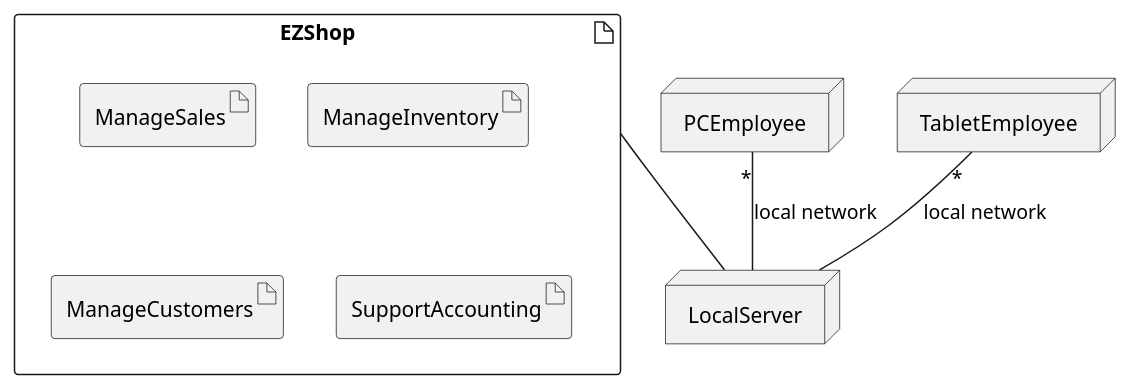
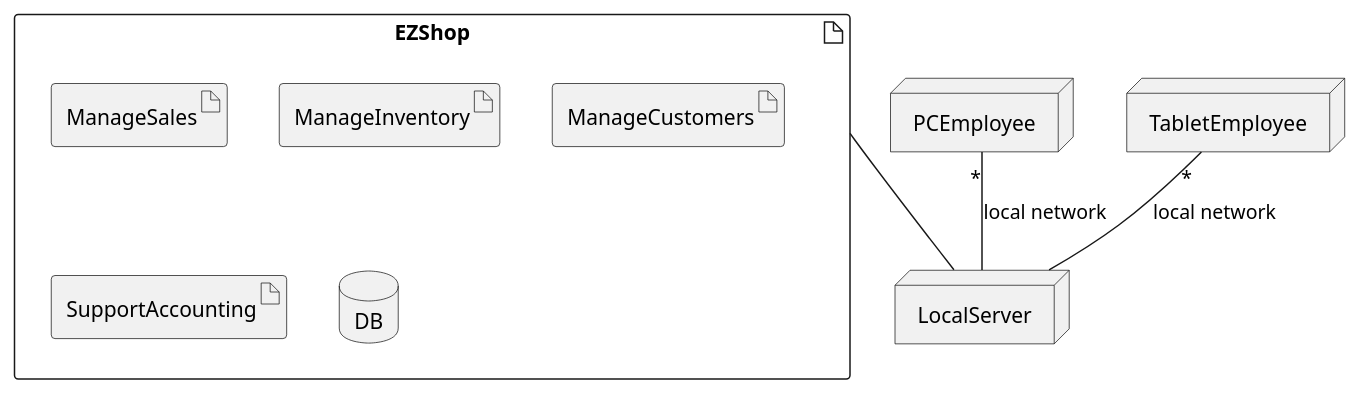
One commit to djemar/softeng_ezshop changed the sixth of 6 diagrams in Deliverables/RequirementsDocument.md. Above: the diagram before and after it, drawn with PlantUML. The commit also changed other lines of this file, not shown here.

````diff
--- a/Deliverables/RequirementsDocument.md
+++ b/Deliverables/RequirementsDocument.md
@@ -604,14 +595,15 @@
 ```plantuml
 node LocalServer
 node PCEmployee
 node TabletEmployee
 artifact EZShop{
   artifact ManageSales
   artifact ManageInventory
   artifact ManageCustomers
   artifact SupportAccounting
+  database DB
 }
 PCEmployee "*" -- LocalServer : local network
 TabletEmployee "*" -- LocalServer : local network
 EZShop -- LocalServer
 ```
````
